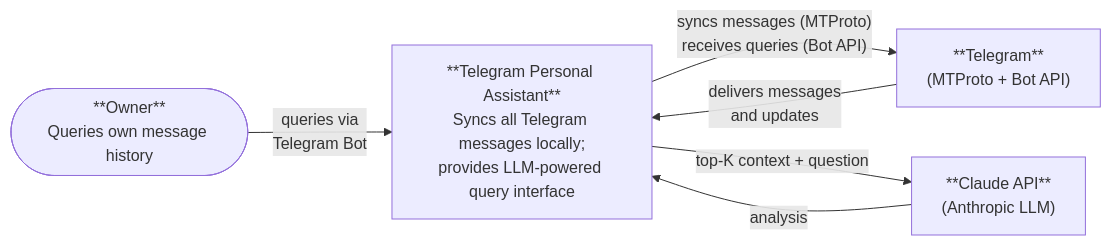
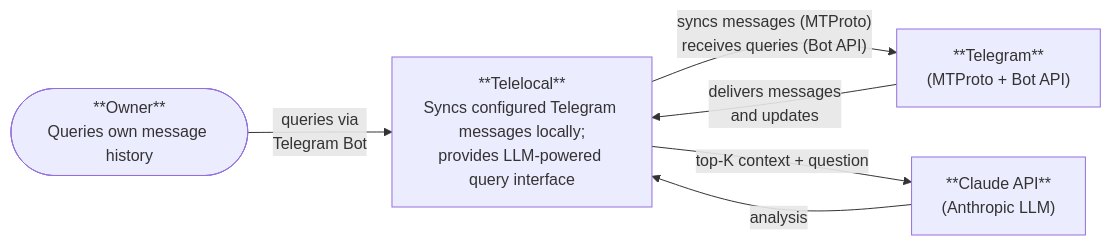
One commit to obheda12/telelocal changed the first of 10 diagrams in tg-assistant/docs/SECURITY_MODEL.md. Above: the diagram before and after it, drawn with Mermaid. The commit also changed other lines of this file and 5 other files, not shown here.

````diff
--- a/tg-assistant/docs/SECURITY_MODEL.md
+++ b/tg-assistant/docs/SECURITY_MODEL.md
@@ -21,13 +21,13 @@
 ```mermaid
 flowchart LR
     Owner(["**Owner**<br/>Queries own message history"])
-    TGA["**Telegram Personal Assistant**<br/>Syncs all Telegram messages locally;<br/>provides LLM-powered query interface"]
+    TGA["**Telelocal**<br/>Syncs configured Telegram messages locally;<br/>provides LLM-powered query interface"]
     Telegram["**Telegram**<br/>(MTProto + Bot API)"]
     Claude["**Claude API**<br/>(Anthropic LLM)"]
 
     Owner -->|"queries via<br/>Telegram Bot"| TGA
     TGA -->|"syncs messages (MTProto)<br/>receives queries (Bot API)"| Telegram
     TGA -->|"top-K context + question"| Claude
     Telegram -->|"delivers messages<br/>and updates"| TGA
     Claude -->|"analysis"| TGA
 ```
````
